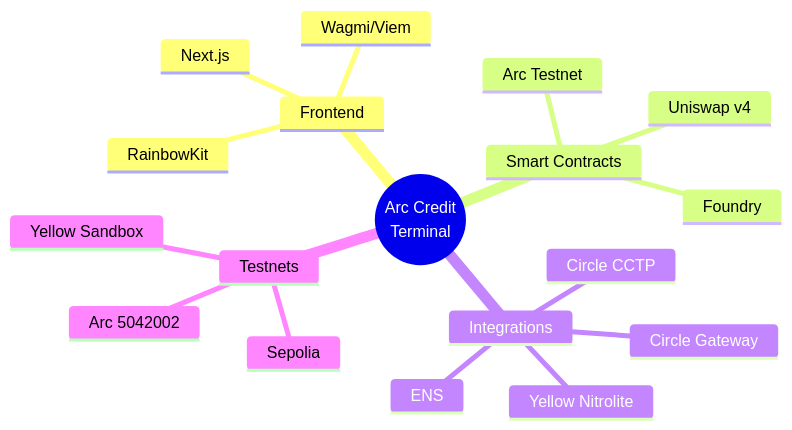
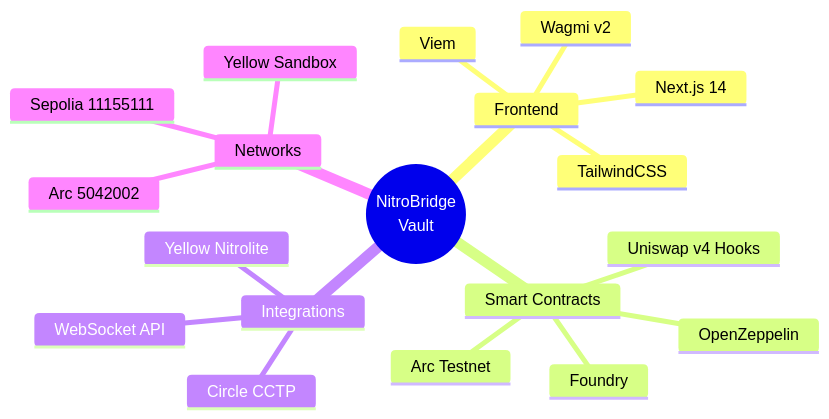
One commit to N-45div/HackMoney2026 changed the fifth of 11 diagrams in ARCHITECTURE.md. Above: the diagram before and after it, drawn with Mermaid. The commit also changed other lines of this file and 4 other files, not shown here.

First line of the commit message:
docs: Update README and ARCHITECTURE with Mermaid diagrams, remove ENS

````diff
--- a/ARCHITECTURE.md
+++ b/ARCHITECTURE.md
@@ -138,21 +153,22 @@
 ```mermaid
 mindmap
-  root((Arc Credit<br/>Terminal))
+  root((NitroBridge<br/>Vault))
     Frontend
-      Next.js
-      Wagmi/Viem
-      RainbowKit
+      Next.js 14
+      Wagmi v2
+      Viem
+      TailwindCSS
     Smart Contracts
       Arc Testnet
-      Uniswap v4
+      Uniswap v4 Hooks
       Foundry
+      OpenZeppelin
     Integrations
       Yellow Nitrolite
       Circle CCTP
-      Circle Gateway
-      ENS
-    Testnets
+      WebSocket API
+    Networks
       Arc 5042002
-      Sepolia
+      Sepolia 11155111
       Yellow Sandbox
 ```
````
